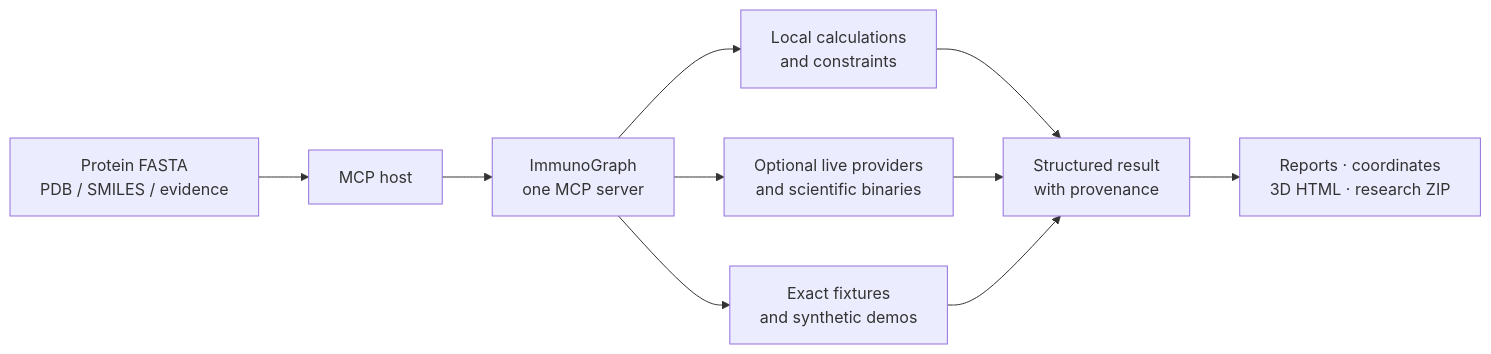
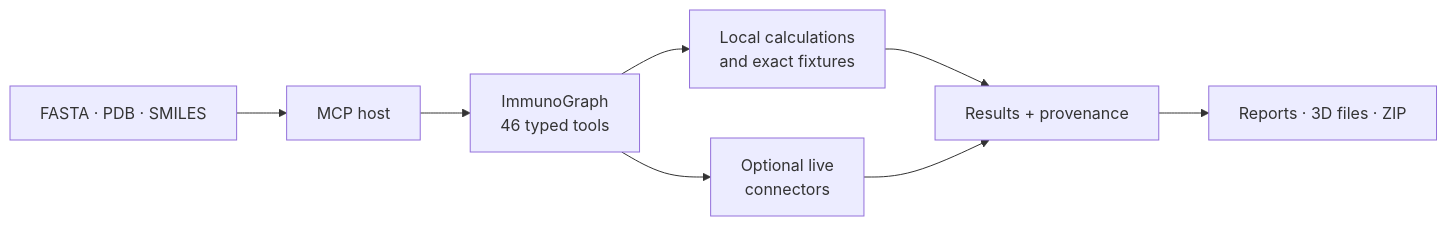
One commit to Ajey95/immuno-graph changed the first of 3 diagrams in README.md. Above: the diagram before and after it, drawn with Mermaid. The commit also changed other lines of this file, not shown here.

Commit message:
docs: improve diagram legibility

````diff
--- a/README.md
+++ b/README.md
@@ -89,12 +89,10 @@
 ```mermaid
 flowchart LR
-    A["Protein FASTA<br/>PDB / SMILES / evidence"] --> H["MCP host"]
-    H --> S["ImmunoGraph<br/>one MCP server"]
-    S --> D["Local calculations<br/>and constraints"]
-    S --> L["Optional live providers<br/>and scientific binaries"]
-    S --> F["Exact fixtures<br/>and synthetic demos"]
-    D --> R["Structured result<br/>with provenance"]
+    A["FASTA · PDB · SMILES"] --> H["MCP host"]
+    H --> S["ImmunoGraph<br/>46 typed tools"]
+    S --> D["Local calculations<br/>and exact fixtures"]
+    S --> L["Optional live<br/>connectors"]
+    D --> R["Results + provenance"]
     L --> R
-    F --> R
-    R --> O["Reports · coordinates<br/>3D HTML · research ZIP"]
+    R --> O["Reports · 3D files · ZIP"]
 ```
````
